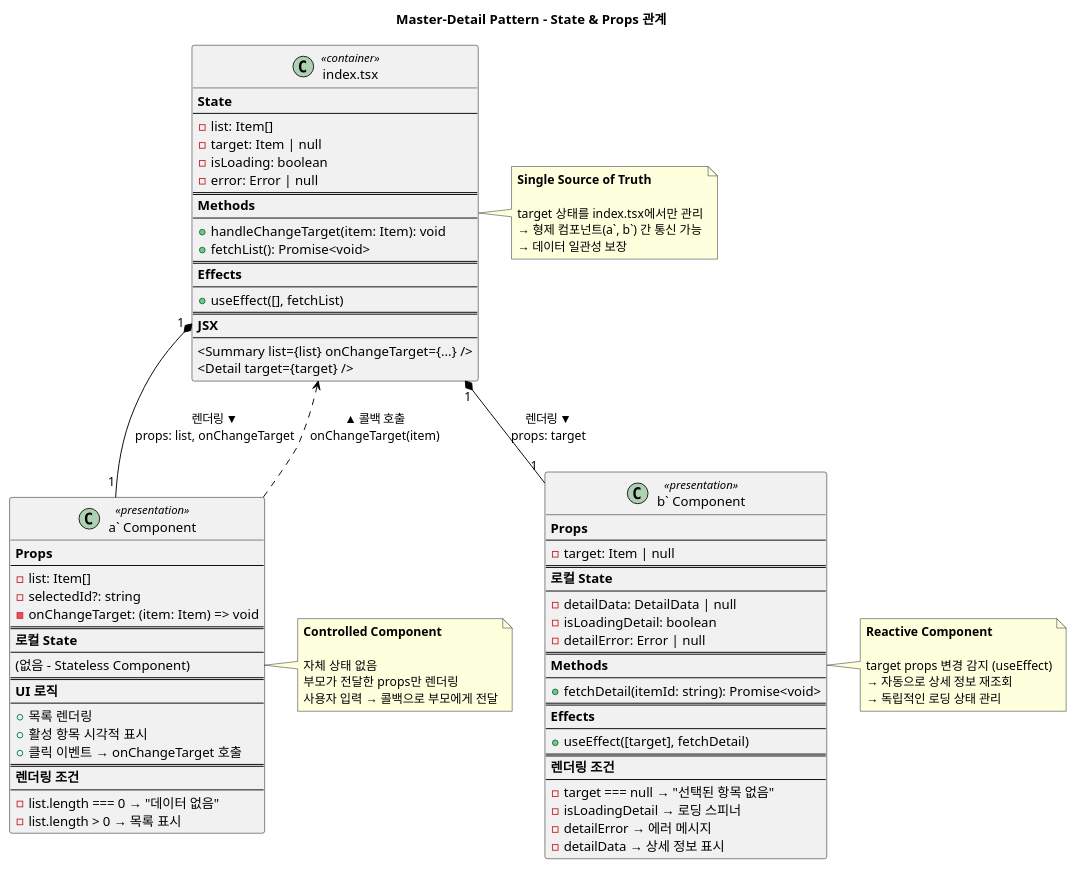
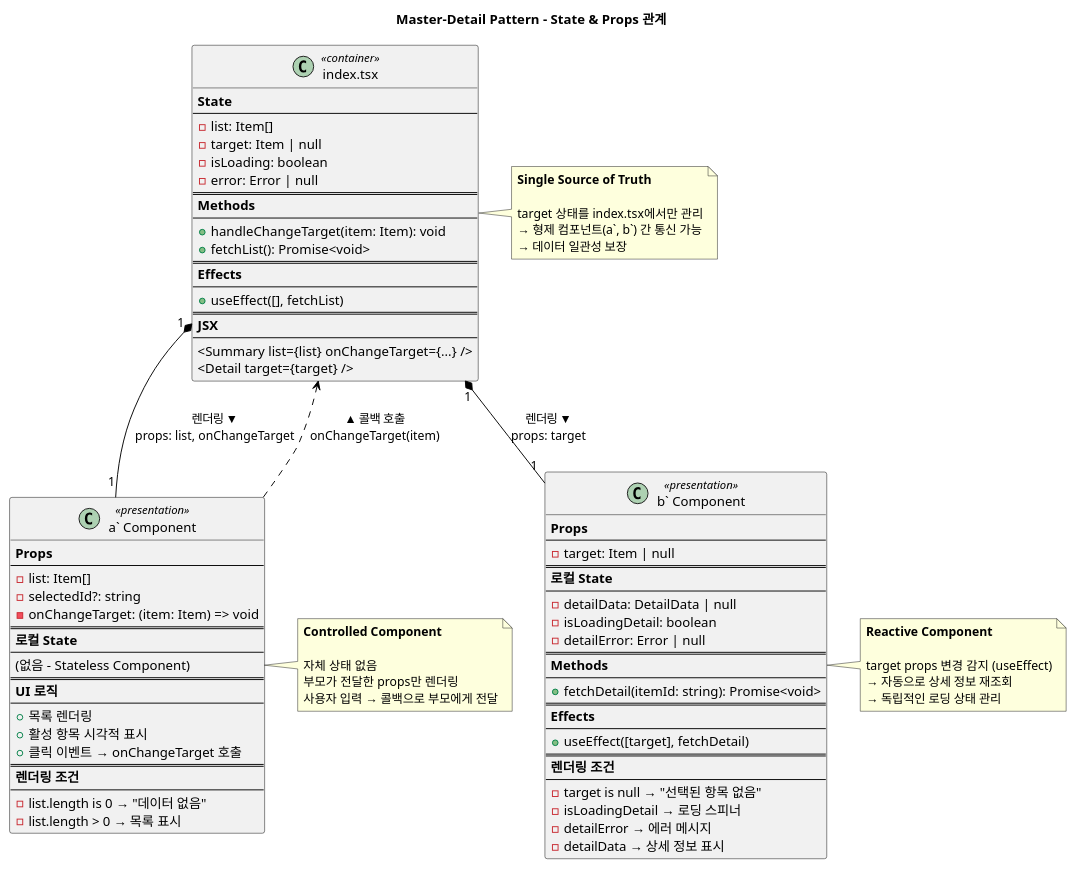
One commit to masterhyuns/elastic-search-study changed the third of 4 diagrams in docs/diagrams/components/06-master-detail-pattern.puml. Above: the diagram before and after it, drawn with PlantUML. The commit also changed other lines of this file, not shown here.

First line of the commit message:
fix: Master-Detail 다이어그램 PlantUML 문법 에러 수정

```diff
--- a/docs/diagrams/components/06-master-detail-pattern.puml
+++ b/docs/diagrams/components/06-master-detail-pattern.puml
@@ -226,113 +226,113 @@
 @startuml master-detail-state-props
 title Master-Detail Pattern - State & Props 관계
 
 skinparam class {
   BorderColor Black
   ArrowColor Black
 }
 
 top to bottom direction
 
 class "index.tsx" as Index <<container>> {
   **State**
   ----
   - list: Item[]
   - target: Item | null
   - isLoading: boolean
   - error: Error | null
   ====
   **Methods**
   ----
   + handleChangeTarget(item: Item): void
   + fetchList(): Promise<void>
   ====
   **Effects**
   ----
   + useEffect([], fetchList)
   ====
   **JSX**
   ----
   <Summary list={list} onChangeTarget={...} />
   <Detail target={target} />
 }
 
 class "a` Component" as Summary <<presentation>> {
   **Props**
   ----
   - list: Item[]
   - selectedId?: string
   - onChangeTarget: (item: Item) => void
   ====
   **로컬 State**
   ----
   (없음 - Stateless Component)
   ====
   **UI 로직**
   ----
   + 목록 렌더링
   + 활성 항목 시각적 표시
   + 클릭 이벤트 → onChangeTarget 호출
   ====
   **렌더링 조건**
   ----
-  - list.length === 0 → "데이터 없음"
+  - list.length is 0 → "데이터 없음"
   - list.length > 0 → 목록 표시
 }
 
 class "b` Component" as Detail <<presentation>> {
   **Props**
   ----
   - target: Item | null
   ====
   **로컬 State**
   ----
   - detailData: DetailData | null
   - isLoadingDetail: boolean
   - detailError: Error | null
   ====
   **Methods**
   ----
   + fetchDetail(itemId: string): Promise<void>
   ====
   **Effects**
   ----
   + useEffect([target], fetchDetail)
   ====
   **렌더링 조건**
   ----
-  - target === null → "선택된 항목 없음"
+  - target is null → "선택된 항목 없음"
   - isLoadingDetail → 로딩 스피너
   - detailError → 에러 메시지
   - detailData → 상세 정보 표시
 }
 
 Index "1" *-- "1" Summary : 렌더링 ▼\nprops: list, onChangeTarget
 Index "1" *-- "1" Detail : 렌더링 ▼\nprops: target
 
 Summary ..> Index : ▲ 콜백 호출\nonChangeTarget(item)
 
 note right of Index
   **Single Source of Truth**
 
   target 상태를 index.tsx에서만 관리
   → 형제 컴포넌트(a`, b`) 간 통신 가능
   → 데이터 일관성 보장
 end note
 
 note right of Summary
   **Controlled Component**
 
   자체 상태 없음
   부모가 전달한 props만 렌더링
   사용자 입력 → 콜백으로 부모에게 전달
 end note
 
 note right of Detail
   **Reactive Component**
 
   target props 변경 감지 (useEffect)
   → 자동으로 상세 정보 재조회
   → 독립적인 로딩 상태 관리
 end note
 
 @enduml
```
